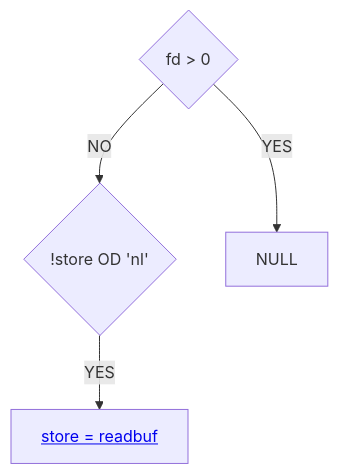
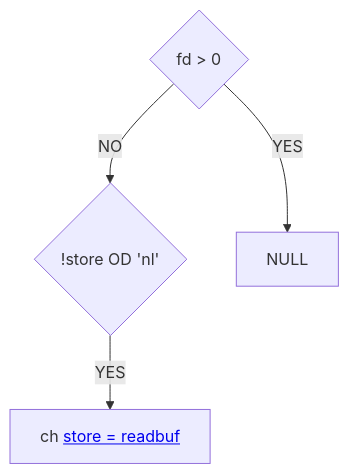
One commit to ELREKO/42-P1-get_next_line changed the diagram in doc/flow_chart.mmd. Above: the diagram before and after it, drawn with Mermaid.

```diff
--- a/doc/flow_chart.mmd
+++ b/doc/flow_chart.mmd
@@ -1,5 +1,5 @@
 
 graph TD
     A{fd > 0} -->|NO| B{!store OD 'nl'}
     A --> |YES|C[NULL]
-    B --> |YES|D[<a href=https://github.com/ELREKO/get_next_line/blob/main/doc/readbuf.mmd> store = readbuf </a> ]
+    B --> |YES|D[ch <a href=https://github.com/ELREKO/get_next_line/blob/main/doc/readbuf.mmd> store = readbuf </a> ]
```
